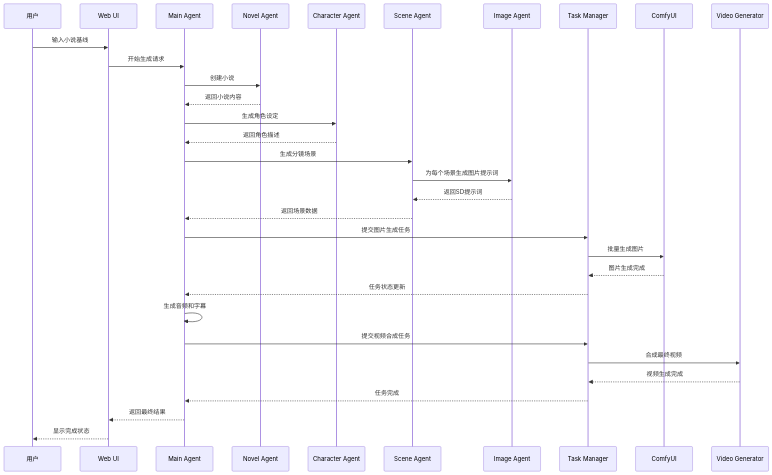
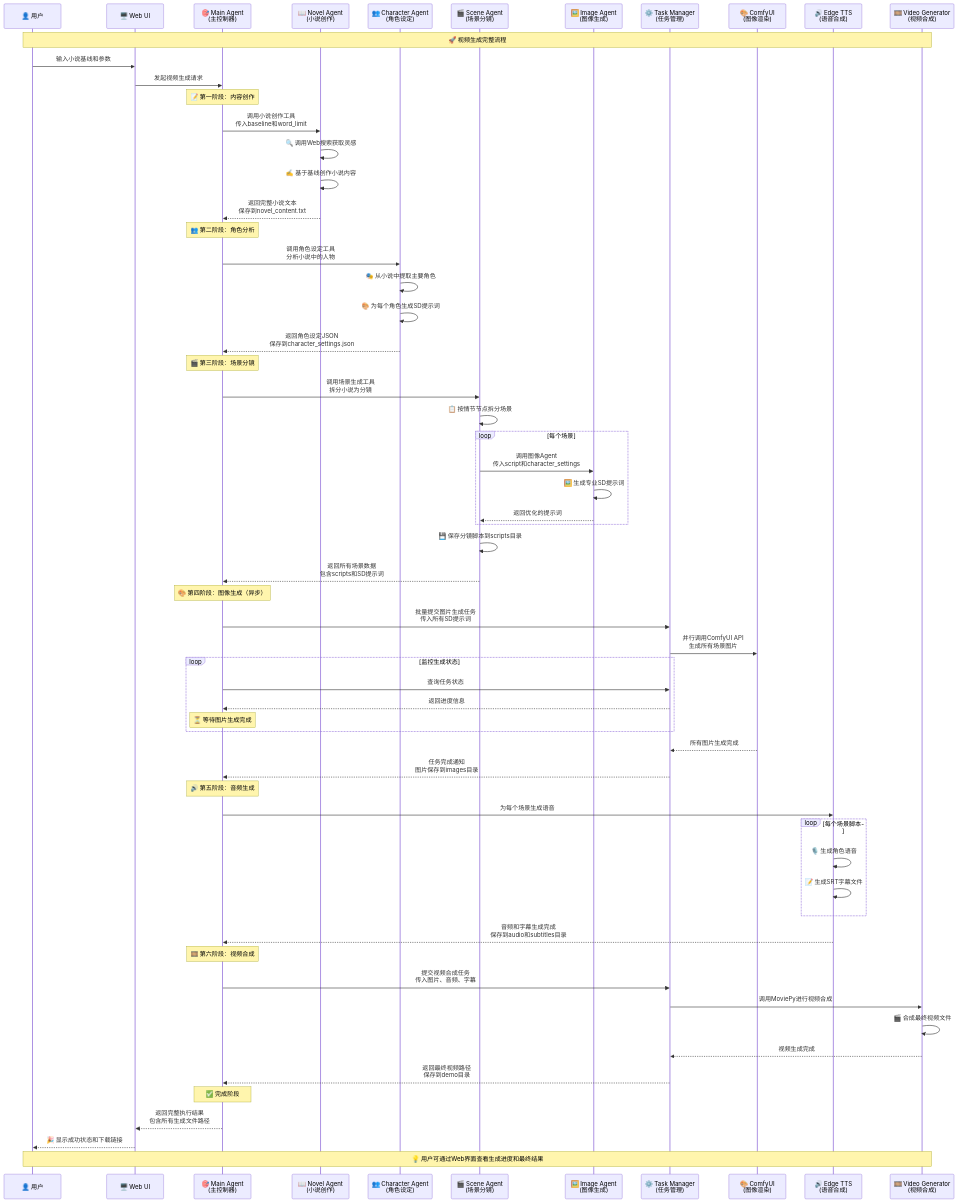
Before and after one commit to tohsaka888/video-generate-agent: the second of 4 diagrams in README.md, drawn with Mermaid. The commit also changed other lines of this file, not shown here.

````diff
--- a/README.md
+++ b/README.md
@@ -144,42 +245,76 @@
 ```mermaid
 sequenceDiagram
-    participant U as 用户
-    participant W as Web UI
-    participant M as Main Agent
-    participant N as Novel Agent
-    participant C as Character Agent
-    participant S as Scene Agent
-    participant I as Image Agent
-    participant T as Task Manager
-    participant CF as ComfyUI
-    participant V as Video Generator
+    participant U as 👤 用户
+    participant W as 🖥️ Web UI
+    participant M as 🎯 Main Agent<br/>(主控制器)
+    participant N as 📖 Novel Agent<br/>(小说创作)
+    participant C as 👥 Character Agent<br/>(角色设定)
+    participant S as 🎬 Scene Agent<br/>(场景分镜)
+    participant I as 🖼️ Image Agent<br/>(图像生成)
+    participant T as ⚙️ Task Manager<br/>(任务管理)
+    participant CF as 🎨 ComfyUI<br/>(图像渲染)
+    participant TTS as 🔊 Edge TTS<br/>(语音合成)
+    participant V as 🎞️ Video Generator<br/>(视频合成)
     
-    U->>W: 输入小说基线
-    W->>M: 开始生成请求
+    Note over U,V: 🚀 视频生成完整流程
     
-    M->>N: 创建小说
-    N-->>M: 返回小说内容
+    U->>W: 输入小说基线和参数
+    W->>M: 发起视频生成请求
     
-    M->>C: 生成角色设定
-    C-->>M: 返回角色描述
+    Note over M: 📝 第一阶段：内容创作
+    M->>N: 调用小说创作工具<br/>传入baseline和word_limit
+    N->>N: 🔍 调用Web搜索获取灵感
+    N->>N: ✍️ 基于基线创作小说内容
+    N-->>M: 返回完整小说文本<br/>保存到novel_content.txt
     
-    M->>S: 生成分镜场景
-    S->>I: 为每个场景生成图片提示词
-    I-->>S: 返回SD提示词
-    S-->>M: 返回场景数据
+    Note over M: 👥 第二阶段：角色分析
+    M->>C: 调用角色设定工具<br/>分析小说中的人物
+    C->>C: 🎭 从小说中提取主要角色
+    C->>C: 🎨 为每个角色生成SD提示词
+    C-->>M: 返回角色设定JSON<br/>保存到character_settings.json
     
-    M->>T: 提交图片生成任务
-    T->>CF: 批量生成图片
-    CF-->>T: 图片生成完成
-    T-->>M: 任务状态更新
+    Note over M: 🎬 第三阶段：场景分镜
+    M->>S: 调用场景生成工具<br/>拆分小说为分镜
+    S->>S: 📋 按情节节点拆分场景
+    loop 每个场景
+        S->>I: 调用图像Agent<br/>传入script和character_settings
+        I->>I: 🖼️ 生成专业SD提示词
+        I-->>S: 返回优化的提示词
+    end
+    S->>S: 💾 保存分镜脚本到scripts目录
+    S-->>M: 返回所有场景数据<br/>包含scripts和SD提示词
     
-    M->>M: 生成音频和字幕
+    Note over M: 🎨 第四阶段：图像生成（异步）
+    M->>T: 批量提交图片生成任务<br/>传入所有SD提示词
+    T->>CF: 并行调用ComfyUI API<br/>生成所有场景图片
     
-    M->>T: 提交视频合成任务
-    T->>V: 合成最终视频
+    loop 监控生成状态
+        M->>T: 查询任务状态
+        T-->>M: 返回进度信息
+        Note over M: ⏳ 等待图片生成完成
+    end
+    
+    CF-->>T: 所有图片生成完成
+    T-->>M: 任务完成通知<br/>图片保存到images目录
+    
+    Note over M: 🔊 第五阶段：音频生成
+    M->>TTS: 为每个场景生成语音
+    loop 每个场景脚本
+        TTS->>TTS: 🎙️ 生成角色语音
+        TTS->>TTS: 📝 生成SRT字幕文件
+    end
+    TTS-->>M: 音频和字幕生成完成<br/>保存到audio和subtitles目录
+    
+    Note over M: 🎞️ 第六阶段：视频合成
+    M->>T: 提交视频合成任务<br/>传入图片、音频、字幕
+    T->>V: 调用MoviePy进行视频合成
+    V->>V: 🎬 合成最终视频文件
     V-->>T: 视频生成完成
-    T-->>M: 任务完成
+    T-->>M: 返回最终视频路径<br/>保存到demo目录
     
-    M-->>W: 返回最终结果
-    W-->>U: 显示完成状态
+    Note over M: ✅ 完成阶段
+    M-->>W: 返回完整执行结果<br/>包含所有生成文件路径
+    W-->>U: 🎉 显示成功状态和下载链接
+    
+    Note over U,V: 💡 用户可通过Web界面查看生成进度和最终结果
 ```
````
